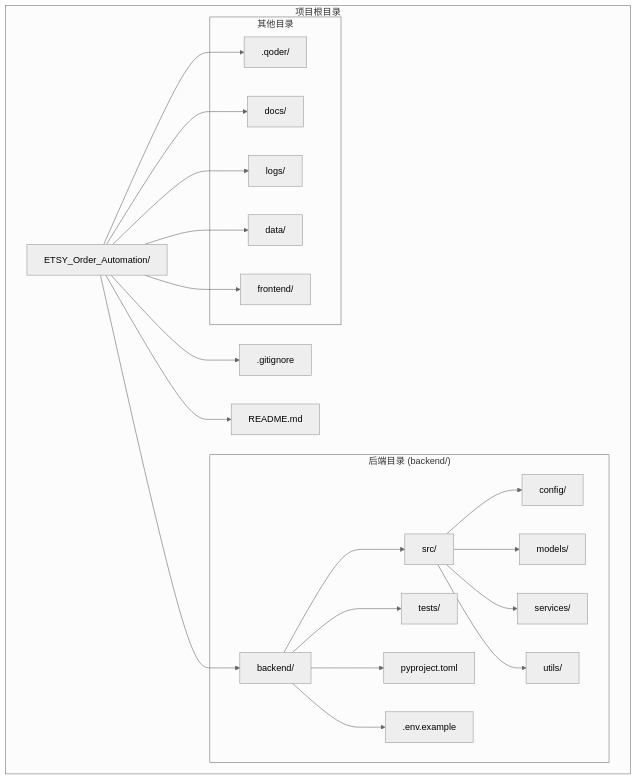
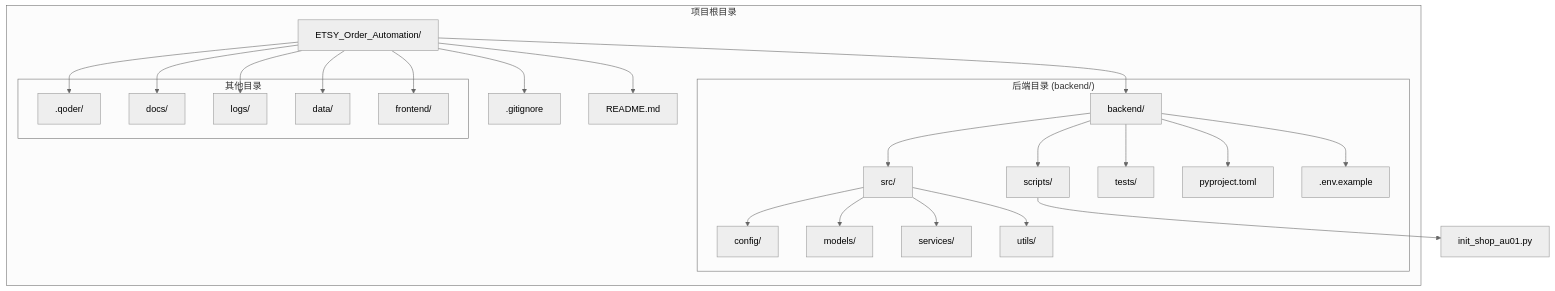
Before and after one commit to SY6621/POD-Order-Management: the first of 12 diagrams in .qoder/repowiki/zh/content/初始化脚本详解.md, drawn with Mermaid (neutral theme). The commit also changed other lines of this file and 16 other files, not shown here.

````diff
--- a/.qoder/repowiki/zh/content/初始化脚本详解.md
+++ b/.qoder/repowiki/zh/content/初始化脚本详解.md
@@ -29,42 +43,45 @@
 ```mermaid
 graph TB
 subgraph "项目根目录"
 Root["ETSY_Order_Automation/"]
 subgraph "后端目录 (backend/)"
 Backend["backend/"]
 Src["src/"]
+Scripts["scripts/"]
 Config["config/"]
 Models["models/"]
 Services["services/"]
 Utils["utils/"]
 Tests["tests/"]
 PyProject["pyproject.toml"]
 EnvExample[".env.example"]
 end
 subgraph "其他目录"
 Qoder[".qoder/"]
 Docs["docs/"]
 Logs["logs/"]
 Data["data/"]
 Frontend["frontend/"]
 end
 GitIgnore[".gitignore"]
 Readme["README.md"]
 end
 Root --> Backend
 Root --> Qoder
 Root --> Docs
 Root --> Logs
 Root --> Data
 Root --> Frontend
 Root --> GitIgnore
 Root --> Readme
 Backend --> Src
+Backend --> Scripts
 Backend --> Tests
 Backend --> PyProject
 Backend --> EnvExample
 Src --> Config
 Src --> Models
 Src --> Services
 Src --> Utils
+Scripts --> InitShop["init_shop_au01.py"]
 ```
````
